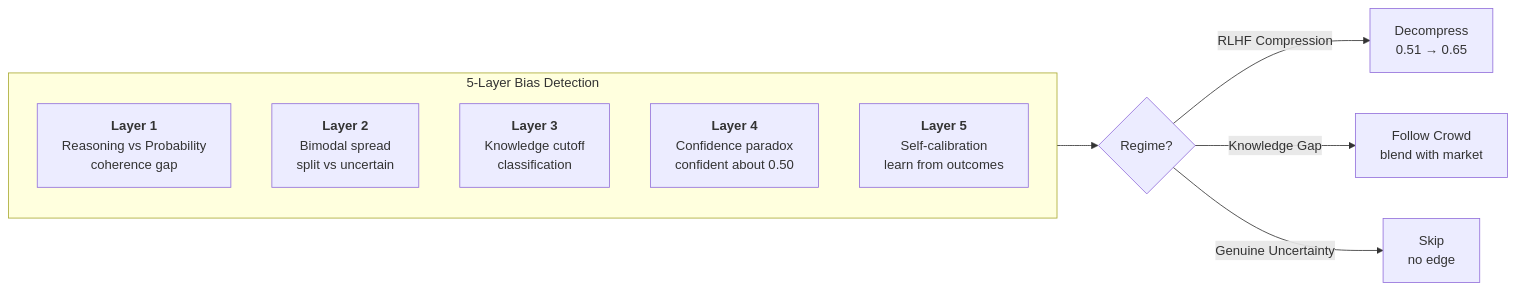
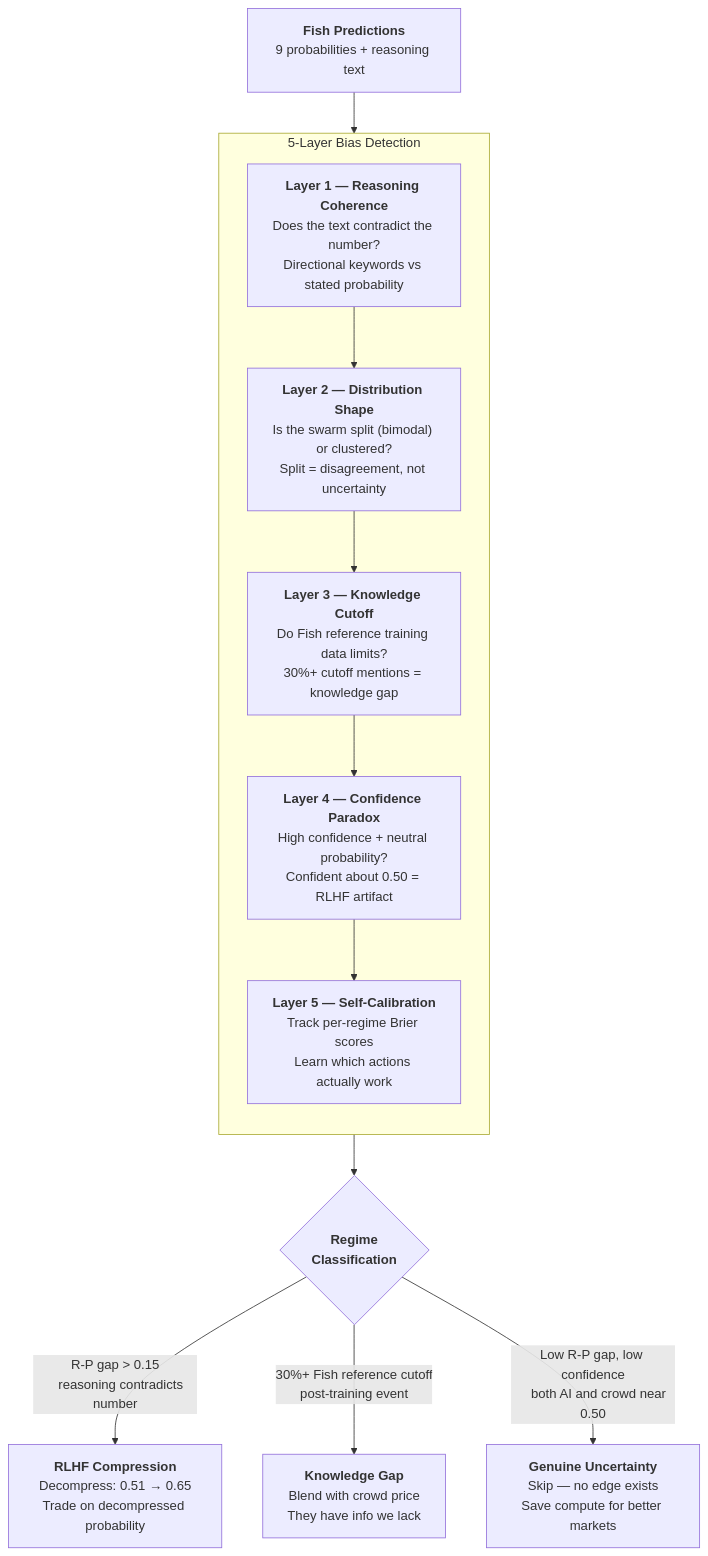
Before and after one commit to ksk5429/quant: the third of 6 diagrams in README.md, drawn with Mermaid.

Commit message:
fix: AI bias diagram vertical with detailed layer descriptions
Replaced horizontal LR flowchart with vertical TD layout.
Each layer now shows: name, what it detects, and the specific signal.
Regime branches include trigger conditions (R-P gap threshold,
cutoff percentage, confidence/spread levels).

````diff
--- a/README.md
+++ b/README.md
@@ -206,28 +206,50 @@
 ```mermaid
-flowchart LR
+flowchart TD
+    INPUT["`**Fish Predictions**
+    9 probabilities + reasoning text`"]
+
+    INPUT --> L1
+
     subgraph DETECT [" 5-Layer Bias Detection "]
-        L1["`**Layer 1**
-        Reasoning vs Probability
-        coherence gap`"]
-        L2["`**Layer 2**
-        Bimodal spread
-        split vs uncertain`"]
-        L3["`**Layer 3**
-        Knowledge cutoff
-        classification`"]
-        L4["`**Layer 4**
-        Confidence paradox
-        confident about 0.50`"]
-        L5["`**Layer 5**
-        Self-calibration
-        learn from outcomes`"]
+        direction TB
+        L1["`**Layer 1 — Reasoning Coherence**
+        Does the text contradict the number?
+        Directional keywords vs stated probability`"]
+
+        L2["`**Layer 2 — Distribution Shape**
+        Is the swarm split (bimodal) or clustered?
+        Split = disagreement, not uncertainty`"]
+
+        L3["`**Layer 3 — Knowledge Cutoff**
+        Do Fish reference training data limits?
+        30%+ cutoff mentions = knowledge gap`"]
+
+        L4["`**Layer 4 — Confidence Paradox**
+        High confidence + neutral probability?
+        Confident about 0.50 = RLHF artifact`"]
+
+        L5["`**Layer 5 — Self-Calibration**
+        Track per-regime Brier scores
+        Learn which actions actually work`"]
+
+        L1 --> L2 --> L3 --> L4 --> L5
     end
 
-    DETECT --> R{Regime?}
-    R -->|RLHF Compression| D["`Decompress
-    0.51 → 0.65`"]
-    R -->|Knowledge Gap| C["`Follow Crowd
-    blend with market`"]
-    R -->|Genuine Uncertainty| S["`Skip
-    no edge`"]
+    L5 --> R{"`**Regime
+    Classification**`"}
+
+    R -->|"R-P gap > 0.15
+    reasoning contradicts number"| D["`**RLHF Compression**
+    Decompress: 0.51 → 0.65
+    Trade on decompressed probability`"]
+
+    R -->|"30%+ Fish reference cutoff
+    post-training event"| C["`**Knowledge Gap**
+    Blend with crowd price
+    They have info we lack`"]
+
+    R -->|"Low R-P gap, low confidence
+    both AI and crowd near 0.50"| S["`**Genuine Uncertainty**
+    Skip — no edge exists
+    Save compute for better markets`"]
 ```
````
